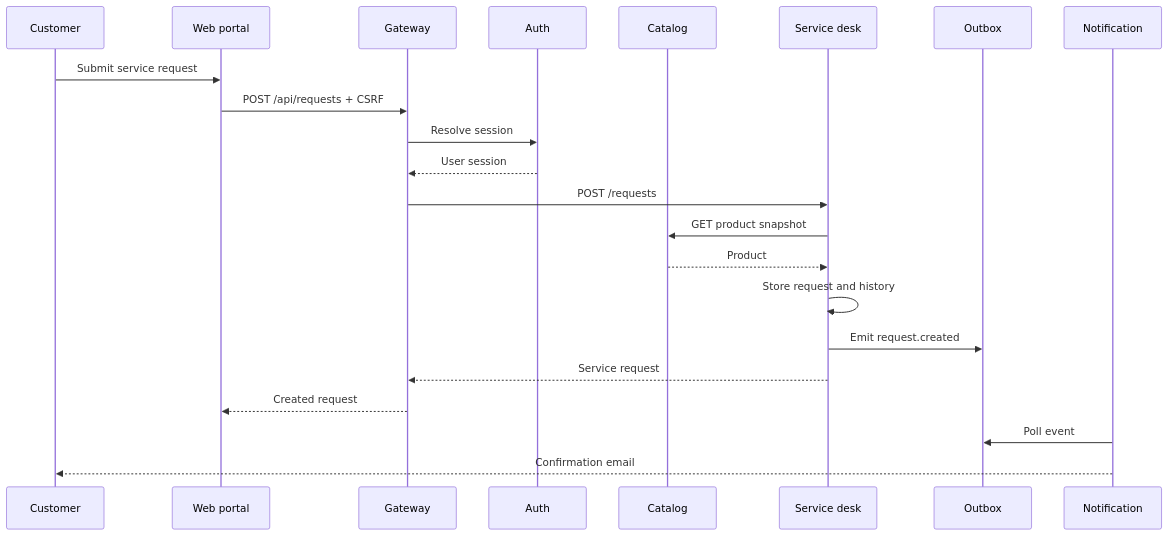
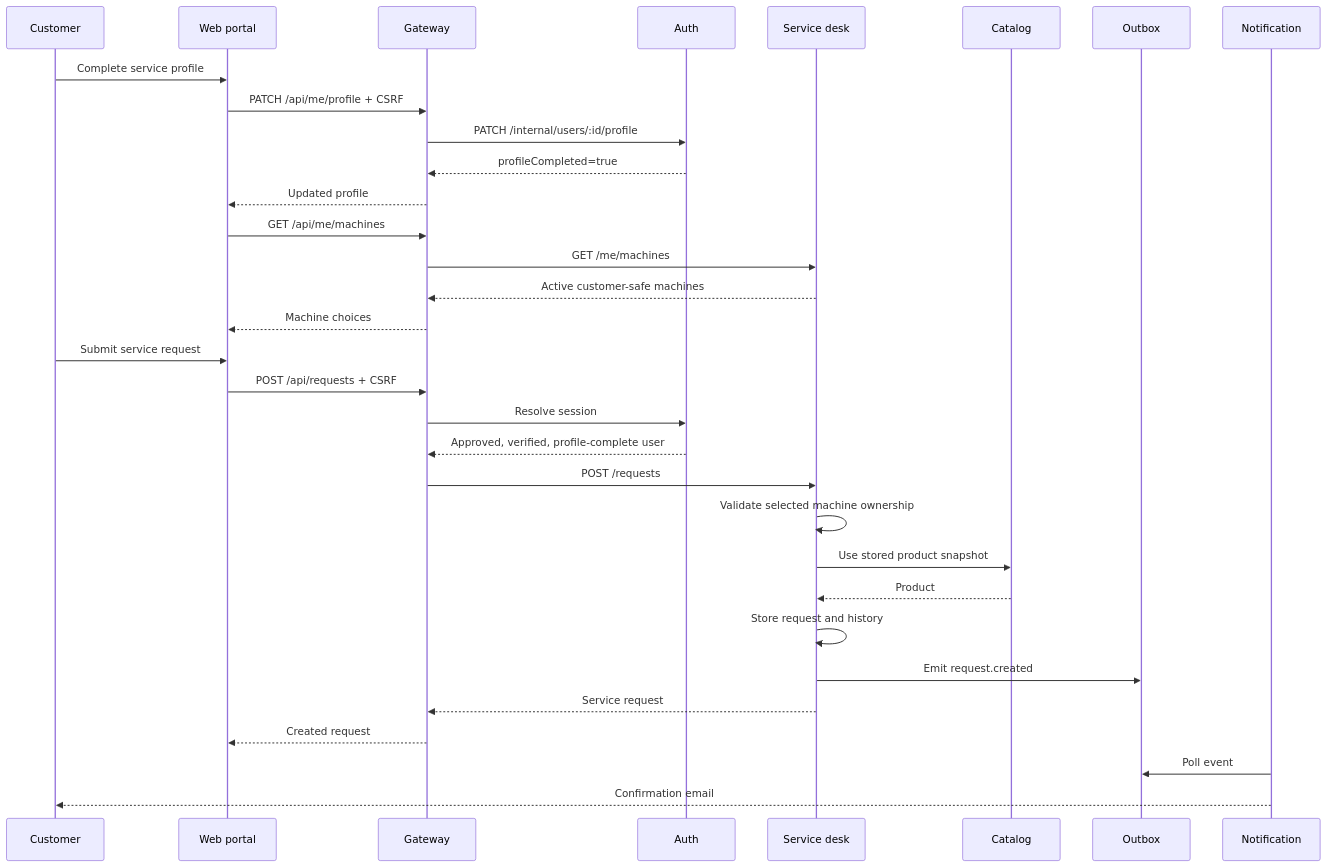
Before and after one commit to ka8540/elkatech-launchpad: the fifth of 11 diagrams in README.md, drawn with Mermaid. The commit also changed other lines of this file, not shown here.

````diff
--- a/README.md
+++ b/README.md
@@ -564,24 +629,34 @@
 ```mermaid
 sequenceDiagram
     participant Customer
     participant Web as Web portal
     participant Gateway
     participant Auth
+    participant Desk as Service desk
     participant Catalog
-    participant Desk as Service desk
     participant Outbox
     participant Notify as Notification
+    Customer->>Web: Complete service profile
+    Web->>Gateway: PATCH /api/me/profile + CSRF
+    Gateway->>Auth: PATCH /internal/users/:id/profile
+    Auth-->>Gateway: profileCompleted=true
+    Gateway-->>Web: Updated profile
+    Web->>Gateway: GET /api/me/machines
+    Gateway->>Desk: GET /me/machines
+    Desk-->>Gateway: Active customer-safe machines
+    Gateway-->>Web: Machine choices
     Customer->>Web: Submit service request
     Web->>Gateway: POST /api/requests + CSRF
     Gateway->>Auth: Resolve session
-    Auth-->>Gateway: User session
+    Auth-->>Gateway: Approved, verified, profile-complete user
     Gateway->>Desk: POST /requests
-    Desk->>Catalog: GET product snapshot
+    Desk->>Desk: Validate selected machine ownership
+    Desk->>Catalog: Use stored product snapshot
     Catalog-->>Desk: Product
     Desk->>Desk: Store request and history
     Desk->>Outbox: Emit request.created
     Desk-->>Gateway: Service request
     Gateway-->>Web: Created request
     Notify->>Outbox: Poll event
     Notify-->>Customer: Confirmation email
 ```
````
